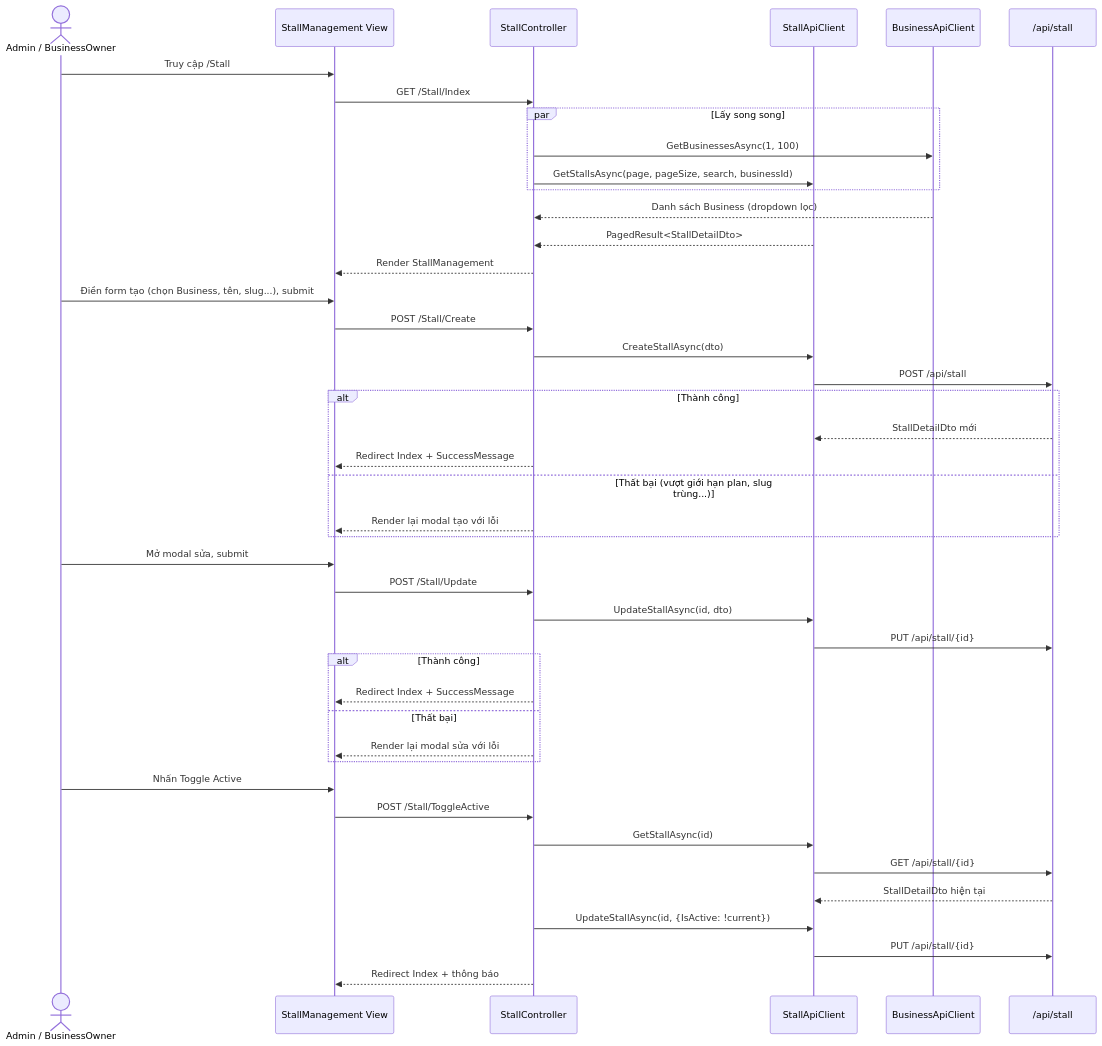
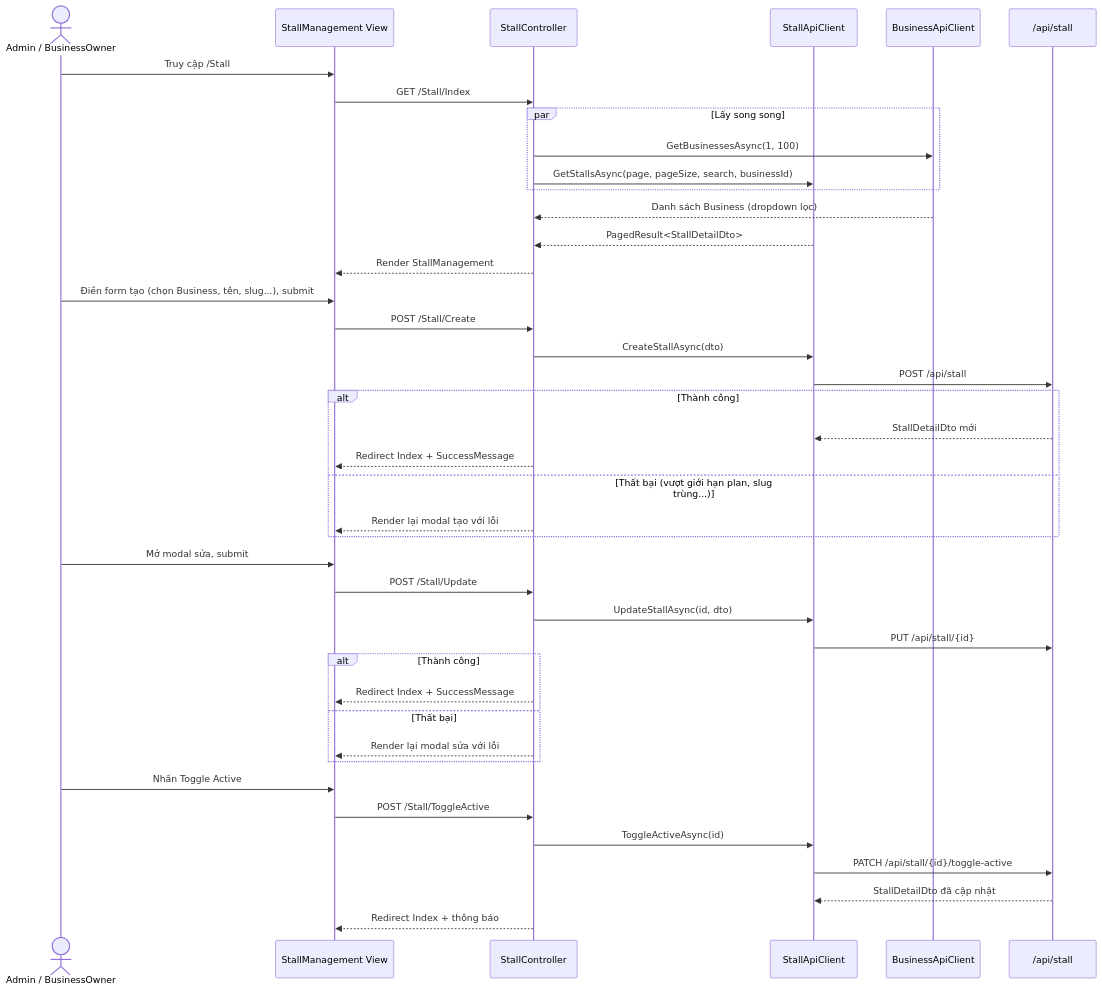
Before and after one commit to NguyenAlpha/LocateAndMultilingualNarration: the fifth of 18 diagrams in Docs/Sequence Diagrams – Web Admin.md, drawn with Mermaid. The commit also changed other lines of this file and 3 other files, not shown here.

````diff
--- a/Docs/Sequence Diagrams – Web Admin.md
+++ b/Docs/Sequence Diagrams – Web Admin.md
@@ -169,53 +161,51 @@
 ```mermaid
 sequenceDiagram
     actor USER as Admin / BusinessOwner
     participant VIEW as StallManagement View
     participant CTR as StallController
     participant STALL as StallApiClient
     participant BIZ as BusinessApiClient
     participant API as /api/stall
 
     %% Xem danh sách
     USER->>VIEW: Truy cập /Stall
     VIEW->>CTR: GET /Stall/Index
     par Lấy song song
         CTR->>BIZ: GetBusinessesAsync(1, 100)
         CTR->>STALL: GetStallsAsync(page, pageSize, search, businessId)
     end
     BIZ-->>CTR: Danh sách Business (dropdown lọc)
     STALL-->>CTR: PagedResult<StallDetailDto>
     CTR-->>VIEW: Render StallManagement
 
     %% Tạo mới
     USER->>VIEW: Điền form tạo (chọn Business, tên, slug...), submit
     VIEW->>CTR: POST /Stall/Create
     CTR->>STALL: CreateStallAsync(dto)
     STALL->>API: POST /api/stall
     alt Thành công
         API-->>STALL: StallDetailDto mới
         CTR-->>VIEW: Redirect Index + SuccessMessage
     else Thất bại (vượt giới hạn plan, slug trùng...)
         CTR-->>VIEW: Render lại modal tạo với lỗi
     end
 
     %% Cập nhật
     USER->>VIEW: Mở modal sửa, submit
     VIEW->>CTR: POST /Stall/Update
     CTR->>STALL: UpdateStallAsync(id, dto)
     STALL->>API: PUT /api/stall/{id}
     alt Thành công
         CTR-->>VIEW: Redirect Index + SuccessMessage
     else Thất bại
         CTR-->>VIEW: Render lại modal sửa với lỗi
     end
 
     %% Toggle Active
     USER->>VIEW: Nhấn Toggle Active
     VIEW->>CTR: POST /Stall/ToggleActive
-    CTR->>STALL: GetStallAsync(id)
-    STALL->>API: GET /api/stall/{id}
-    API-->>STALL: StallDetailDto hiện tại
-    CTR->>STALL: UpdateStallAsync(id, {IsActive: !current})
-    STALL->>API: PUT /api/stall/{id}
+    CTR->>STALL: ToggleActiveAsync(id)
+    STALL->>API: PATCH /api/stall/{id}/toggle-active
+    API-->>STALL: StallDetailDto đã cập nhật
     CTR-->>VIEW: Redirect Index + thông báo
 ```
````
